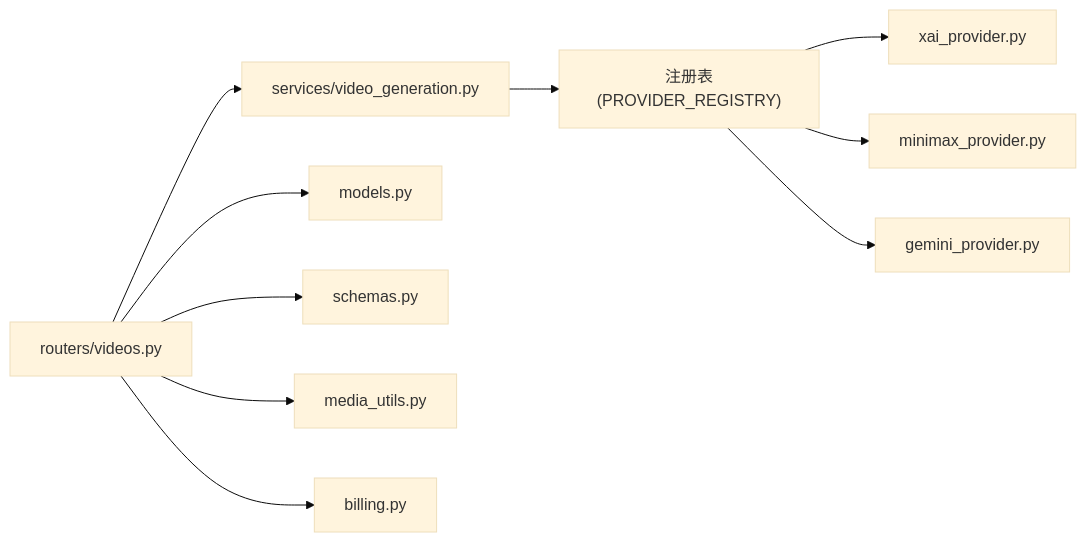
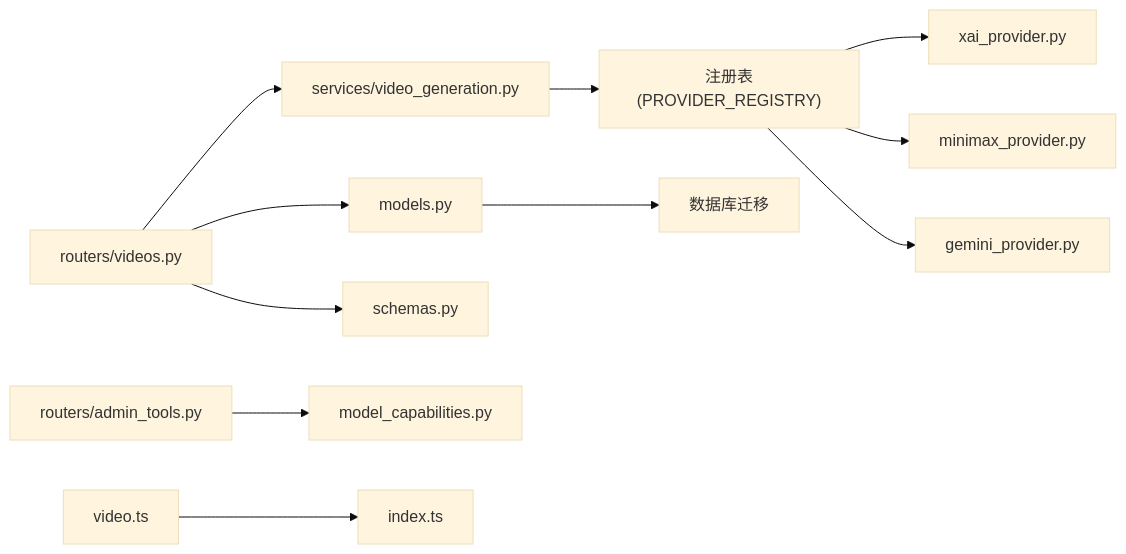
One commit to KunLabAI/KunFlix changed the sixth of 6 diagrams in .qoder/repowiki/zh/content/后端服务架构/业务服务层/媒体生成服务/视频生成系统.md. Above: the diagram before and after it, drawn with Mermaid (base theme). The commit also changed other lines of this file and 29 other files, not shown here.

````diff
--- a/.qoder/repowiki/zh/content/后端服务架构/业务服务层/媒体生成服务/视频生成系统.md
+++ b/.qoder/repowiki/zh/content/后端服务架构/业务服务层/媒体生成服务/视频生成系统.md
@@ -362,12 +427,13 @@
 ```mermaid
 graph LR
 RT["routers/videos.py"] --> VG["services/video_generation.py"]
 VG --> REG["注册表(PROVIDER_REGISTRY)"]
 REG --> XAI["xai_provider.py"]
 REG --> MM["minimax_provider.py"]
 REG --> GEM["gemini_provider.py"]
 RT --> MD["models.py"]
 RT --> SC["schemas.py"]
-RT --> MU["media_utils.py"]
-RT --> BL["billing.py"]
+AT["routers/admin_tools.py"] --> MC["model_capabilities.py"]
+MD --> MIG["数据库迁移"]
+VT["video.ts"] --> IT["index.ts"]
 ```
````
